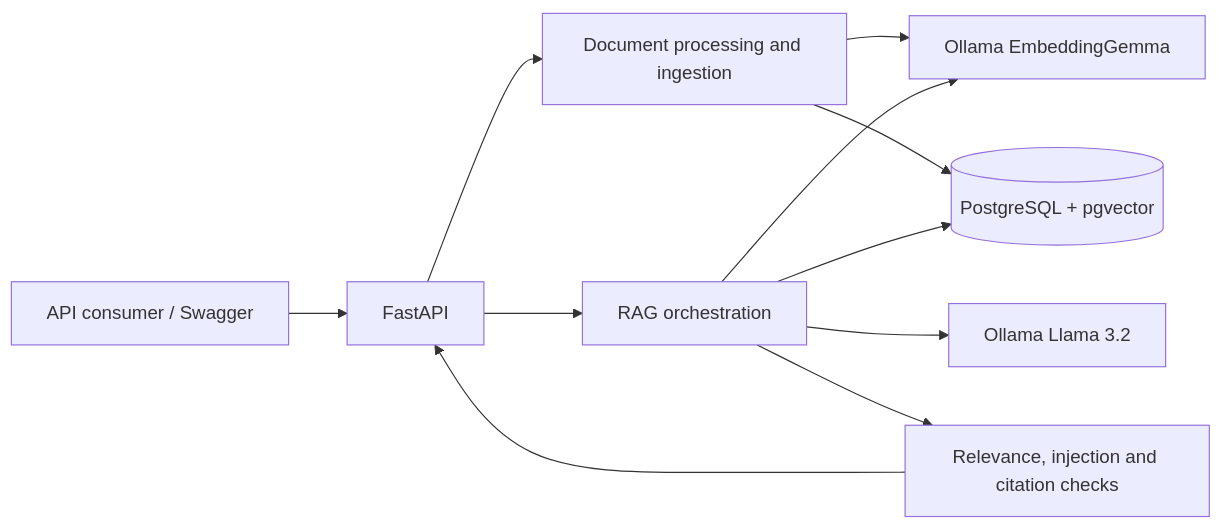
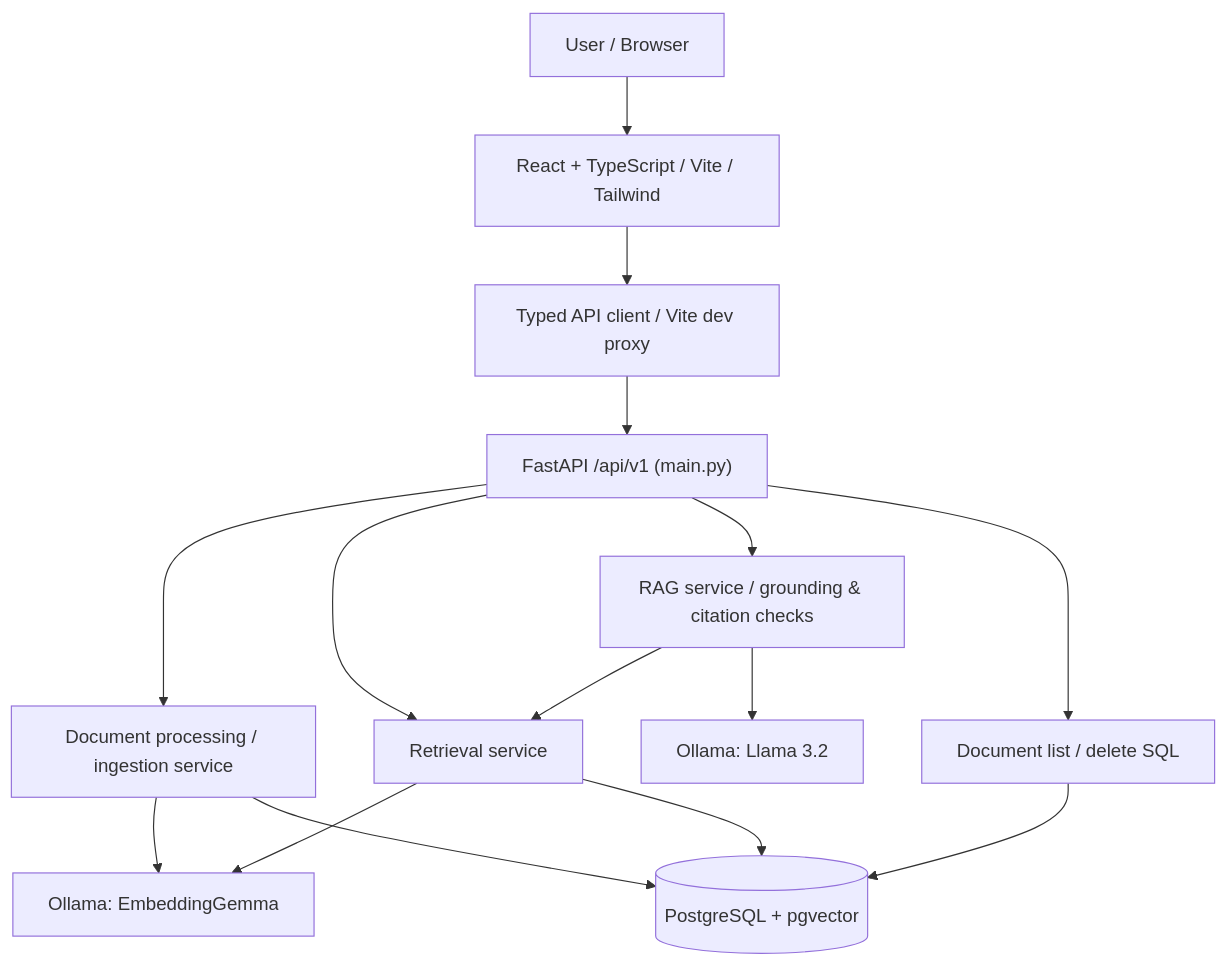
The first of 9 diagrams in readme.md (hidayatarg/enterprise-rag), drawn with Mermaid before and after one commit. The commit also changed other lines of this file, not shown here.

````diff
--- a/readme.md
+++ b/readme.md
@@ -63,13 +55,17 @@
 ```mermaid
-flowchart LR
-    U["API consumer / Swagger"] --> API[FastAPI]
-    API --> ING["Document processing and ingestion"]
-    API --> RAG[RAG orchestration]
-    ING --> EMB["Ollama EmbeddingGemma"]
-    ING --> DB[(PostgreSQL + pgvector)]
-    RAG --> EMB
-    RAG --> DB
-    RAG --> LLM["Ollama Llama 3.2"]
-    RAG --> VAL["Relevance, injection and citation checks"]
-    VAL --> API
+flowchart TB
+    User["User / Browser"] --> UI["React + TypeScript / Vite / Tailwind"]
+    UI --> Client["Typed API client / Vite dev proxy"]
+    Client --> API["FastAPI /api/v1 (main.py)"]
+    API --> DOC["Document processing / ingestion service"]
+    API --> RET["Retrieval service"]
+    API --> RAG["RAG service / grounding & citation checks"]
+    API --> MGMT["Document list / delete SQL"]
+    DOC --> EMB["Ollama: EmbeddingGemma"]
+    RET --> EMB
+    RAG --> RET
+    RAG --> LLM["Ollama: Llama 3.2"]
+    DOC --> DB[("PostgreSQL + pgvector")]
+    RET --> DB
+    MGMT --> DB
 ```
````
